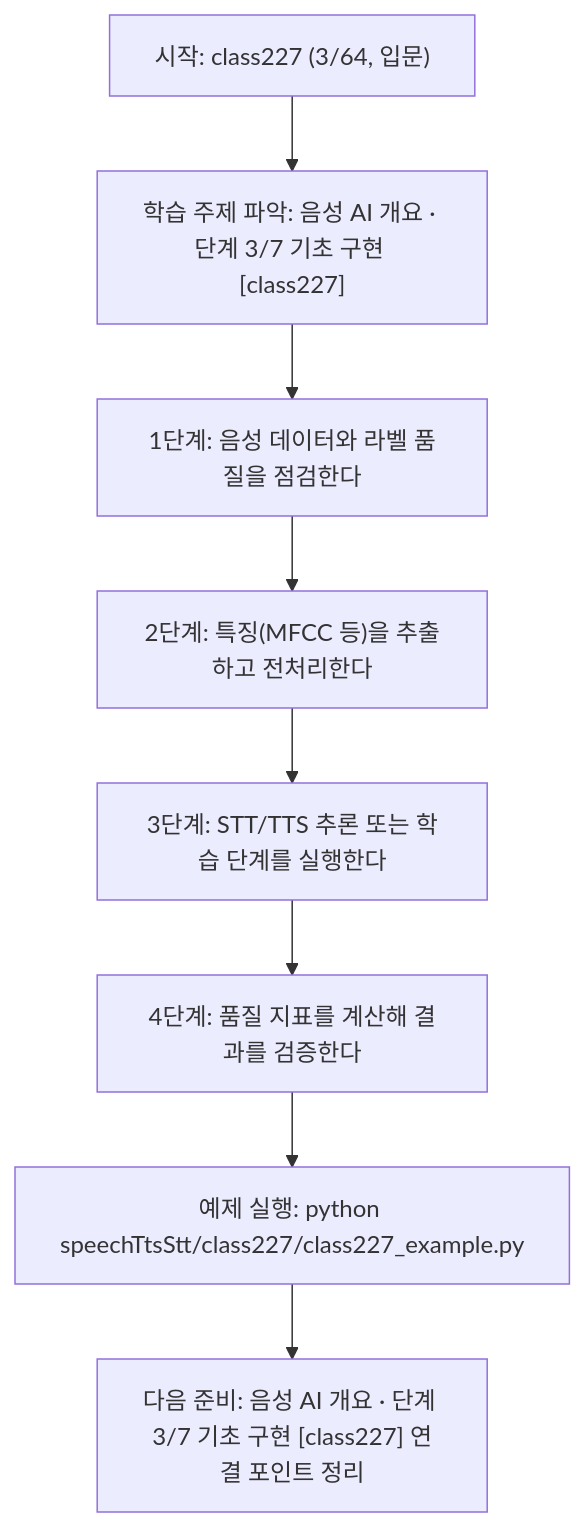
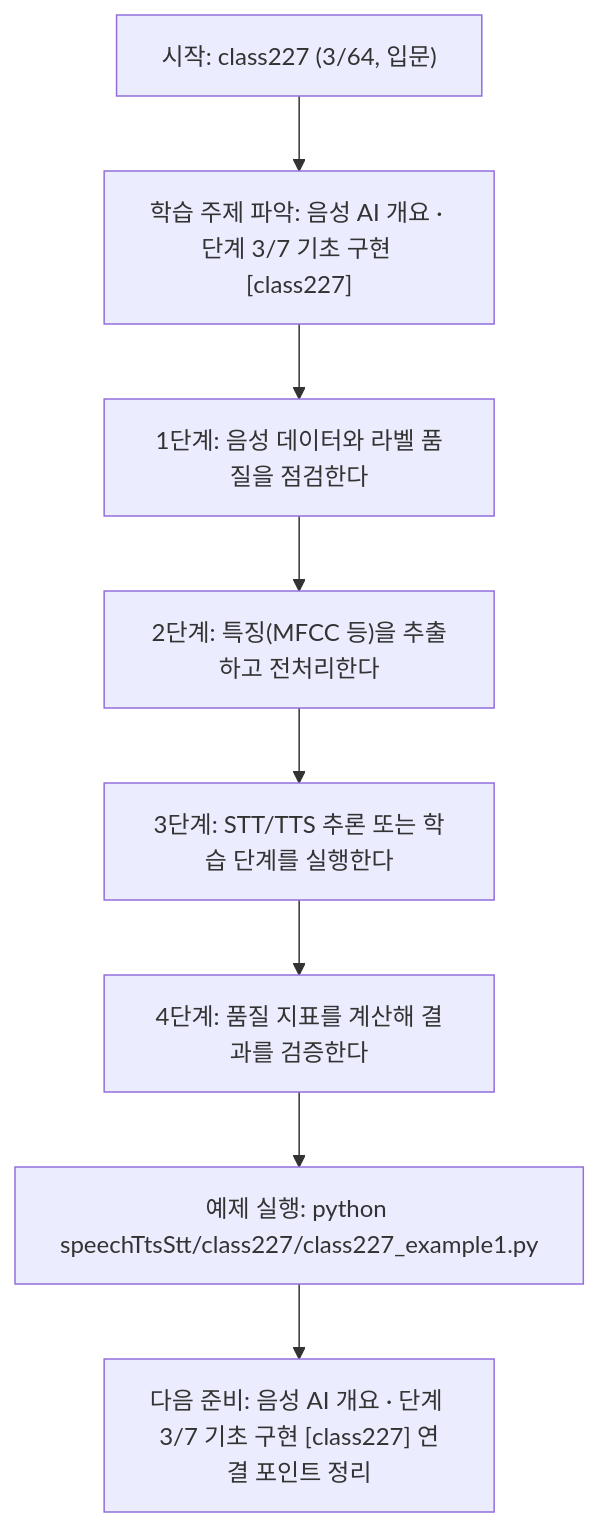
The diagram in speechTtsStt/class227/class227.md (edumgt/Python-AI_Agent-Class), drawn with Mermaid before and after one commit. The commit also changed other lines of this file and 2959 other files, not shown here.

````diff
--- a/speechTtsStt/class227/class227.md
+++ b/speechTtsStt/class227/class227.md
@@ -114,18 +114,18 @@
 ```mermaid
 flowchart TD
 N1["시작: class227 (3/64, 입문)"]
 N2["학습 주제 파악: 음성 AI 개요 · 단계 3/7 기초 구현 [class227]"]
 N3["1단계: 음성 데이터와 라벨 품질을 점검한다"]
 N4["2단계: 특징(MFCC 등)을 추출하고 전처리한다"]
 N5["3단계: STT/TTS 추론 또는 학습 단계를 실행한다"]
 N6["4단계: 품질 지표를 계산해 결과를 검증한다"]
-N7["예제 실행: python speechTtsStt/class227/class227_example.py"]
+N7["예제 실행: python speechTtsStt/class227/class227_example1.py"]
 N8["다음 준비: 음성 AI 개요 · 단계 3/7 기초 구현 [class227] 연결 포인트 정리"]
 N1 --> N2
 N2 --> N3
 N3 --> N4
 N4 --> N5
 N5 --> N6
 N6 --> N7
 N7 --> N8
 ```
````
